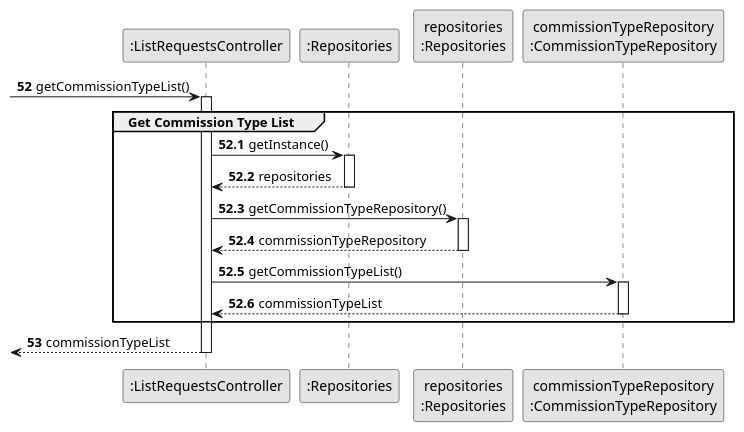
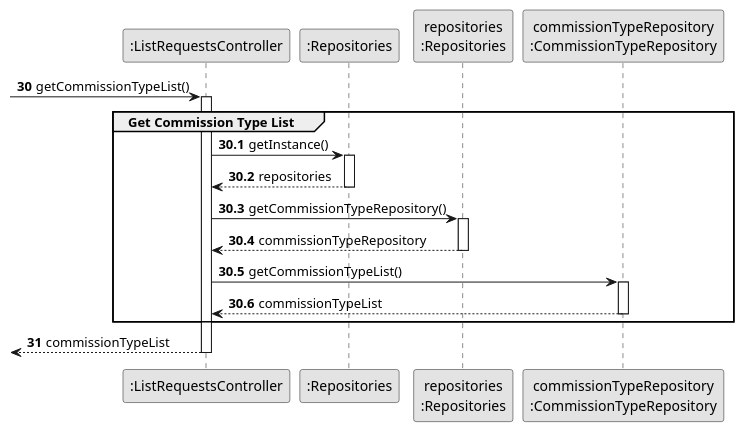
Before and after one commit to rita-barbosa/LAPR2-2223: the diagram in docs/sprintC/us008/03.design/puml/us008-sequence-diagram-partial-get-commission-type-list.puml, drawn with PlantUML. The commit also changed 13 other files, not shown here.

```diff
--- a/docs/sprintC/us008/03.design/puml/us008-sequence-diagram-partial-get-commission-type-list.puml
+++ b/docs/sprintC/us008/03.design/puml/us008-sequence-diagram-partial-get-commission-type-list.puml
@@ -1,51 +1,51 @@
 @startuml
 skinparam monochrome true
 skinparam packageStyle rectangle
 skinparam shadowing false
 
 autonumber
 
 'hide footbox
 
 participant ":ListRequestsController" as CTRL
 participant ":Repositories" as RepositorySingleton
 participant "repositories\n:Repositories" as PLAT
 participant "commissionTypeRepository\n:CommissionTypeRepository" as CommissionTypeRepository
 
 
-autonumber 52
+autonumber 30
 
             -> CTRL :  getCommissionTypeList()
             activate CTRL
 
-autonumber 52.1
+autonumber 30.1
 
     group Get Commission Type List
 
                 CTRL -> RepositorySingleton : getInstance()
                 activate RepositorySingleton
 
                     RepositorySingleton --> CTRL: repositories
                 deactivate RepositorySingleton
 
                 CTRL -> PLAT : getCommissionTypeRepository()
                 activate PLAT
 
                     PLAT --> CTRL: commissionTypeRepository
                 deactivate PLAT
 
                 CTRL -> CommissionTypeRepository : getCommissionTypeList()
                 activate CommissionTypeRepository
 
                 CommissionTypeRepository --> CTRL : commissionTypeList
                 deactivate CommissionTypeRepository
 
     end
 
-autonumber 53
+autonumber 31
 
     <-- CTRL : commissionTypeList
     deactivate CTRL
 
 
 @enduml
```
